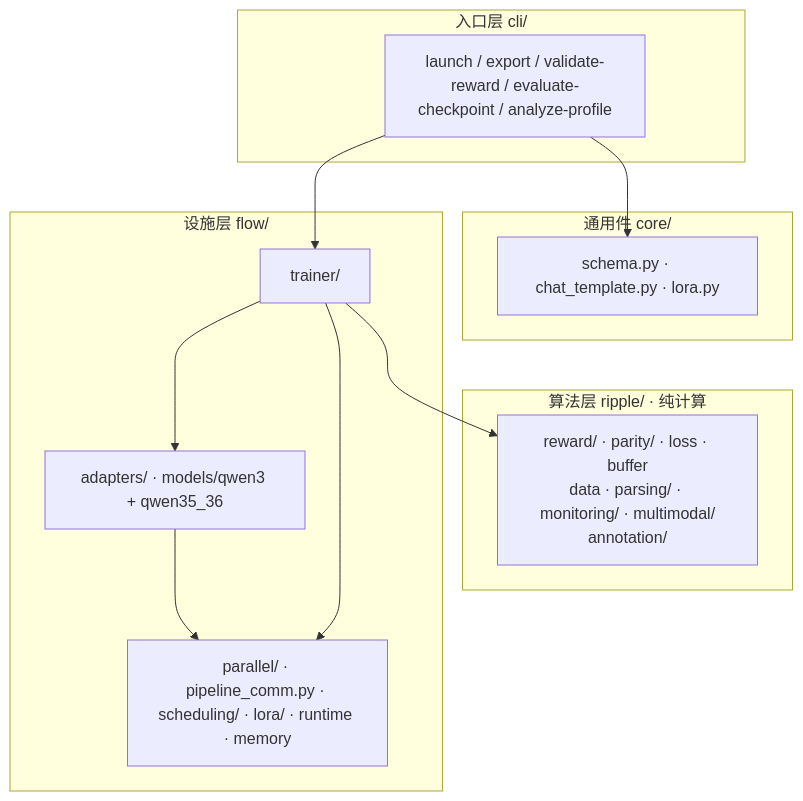
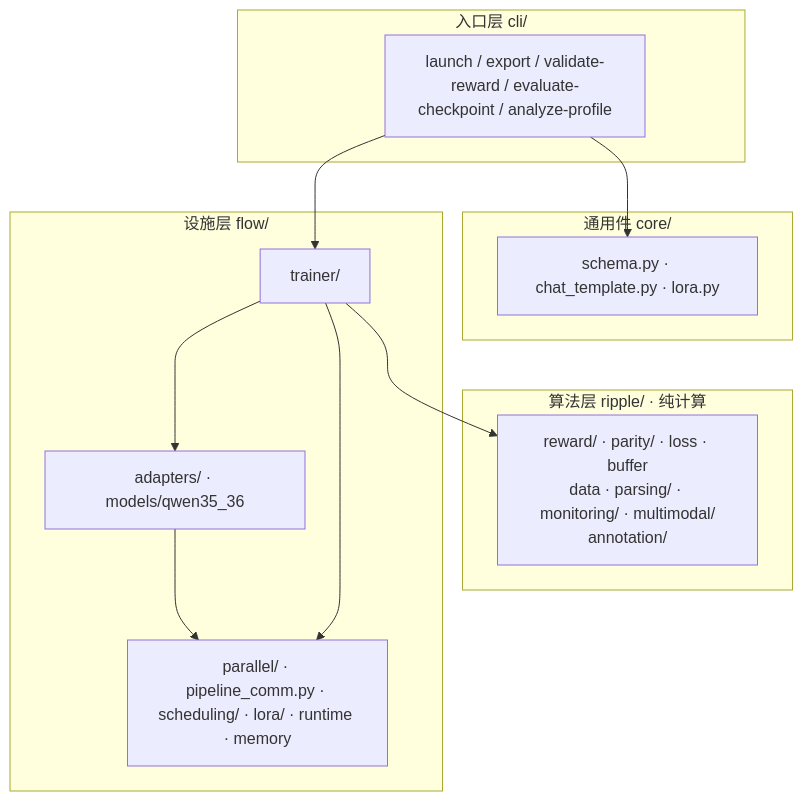
One commit to godthrone/graspo changed the third of 5 diagrams in docs/architecture.md. Above: the diagram before and after it, drawn with Mermaid. The commit also changed other lines of this file and 6 other files, not shown here.

````diff
--- a/docs/architecture.md
+++ b/docs/architecture.md
@@ -72,23 +72,23 @@
 ```mermaid
 flowchart TB
     subgraph L0["入口层 cli/"]
         CLI["launch / export / validate-reward / evaluate-checkpoint / analyze-profile"]
     end
     subgraph L1["算法层 ripple/ · 纯计算"]
         R["reward/ · parity/ · loss · buffer<br/>data · parsing/ · monitoring/ · multimodal/<br/>annotation/"]
     end
     subgraph L2["通用件 core/"]
         C["schema.py · chat_template.py · lora.py"]
     end
     subgraph L3["设施层 flow/"]
         T["trainer/"]
-        A["adapters/ · models/qwen3 + qwen35_36"]
+        A["adapters/ · models/qwen35_36"]
         P["parallel/ · pipeline_comm.py · scheduling/ · lora/ · runtime · memory"]
     end
     CLI --> C
     CLI --> T
     T --> R
     T --> A
     A --> P
     T --> P
 ```
````
